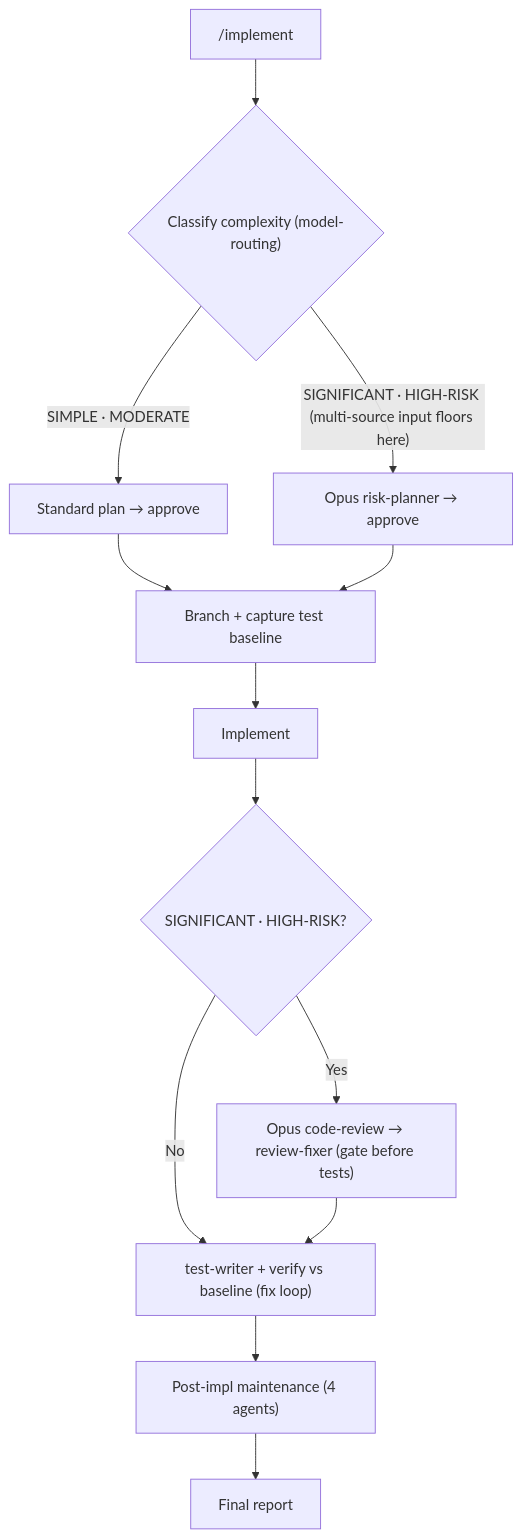
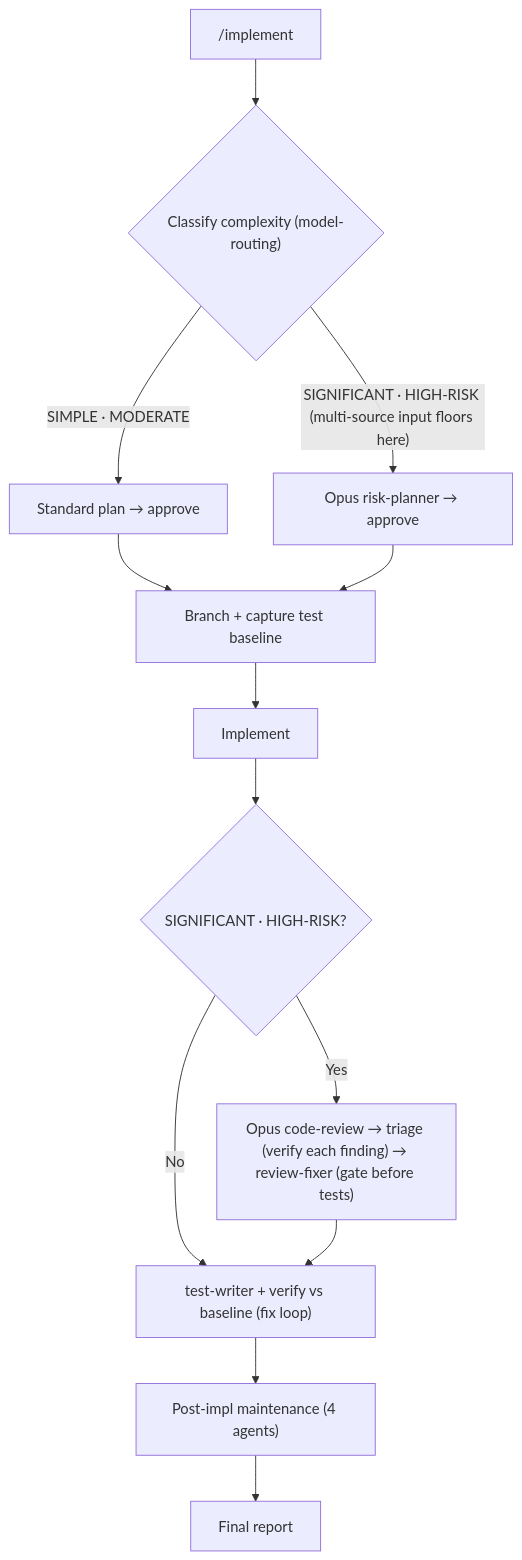
The second of 2 diagrams in plugins/dev-workflows/README.md (ihudak/ihudak-claude-plugins), drawn with Mermaid before and after one commit. The commit also changed 5 other files, not shown here.

First line of the commit message:
feat(dev-workflows): orchestrator triage between reviewer and fixer in five commands

````diff
--- a/plugins/dev-workflows/README.md
+++ b/plugins/dev-workflows/README.md
@@ -202,14 +202,14 @@
 ```mermaid
 flowchart TD
     IN["/implement"] --> C{"Classify complexity (model-routing)"}
     C -->|SIMPLE · MODERATE| P1["Standard plan → approve"]
     C -->|"SIGNIFICANT · HIGH-RISK (multi-source input floors here)"| P2["Opus risk-planner → approve"]
     P1 --> BR["Branch + capture test baseline"]
     P2 --> BR
     BR --> IM["Implement"]
     IM --> G{"SIGNIFICANT · HIGH-RISK?"}
-    G -->|Yes| RV["Opus code-review → review-fixer (gate before tests)"]
+    G -->|Yes| RV["Opus code-review → triage (verify each finding) → review-fixer (gate before tests)"]
     G -->|No| TS["test-writer + verify vs baseline (fix loop)"]
     RV --> TS
     TS --> MT["Post-impl maintenance (4 agents)"] --> RP["Final report"]
 ```
````
